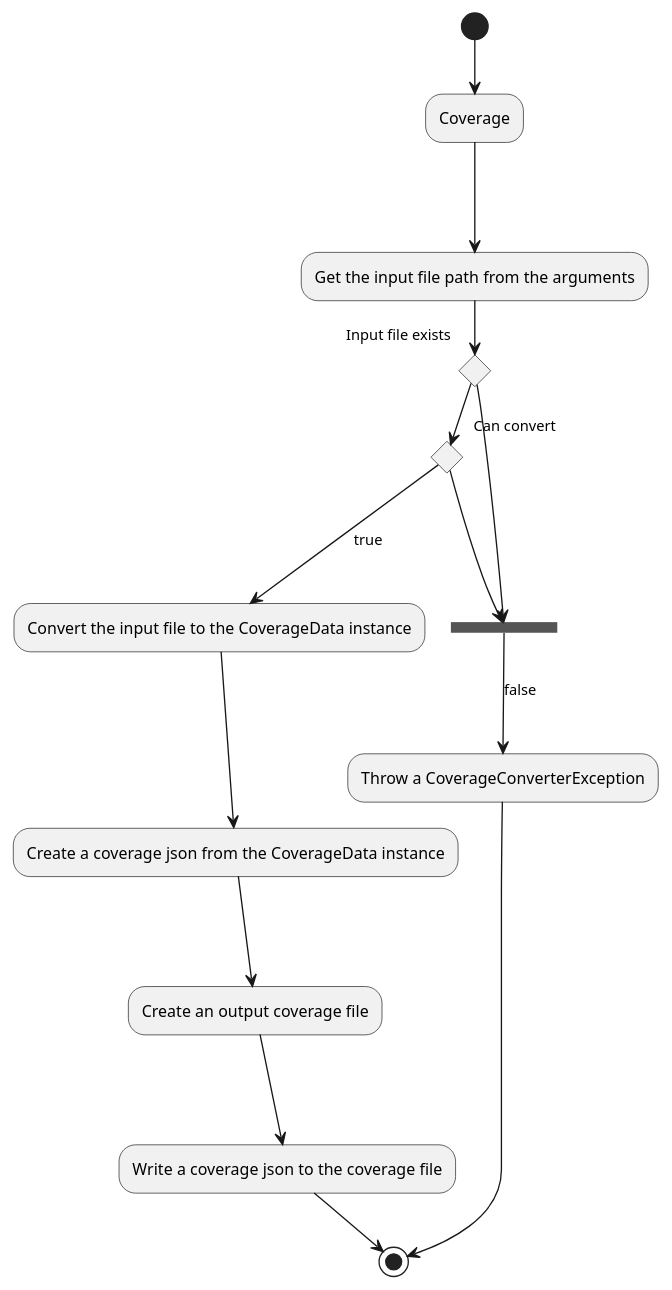
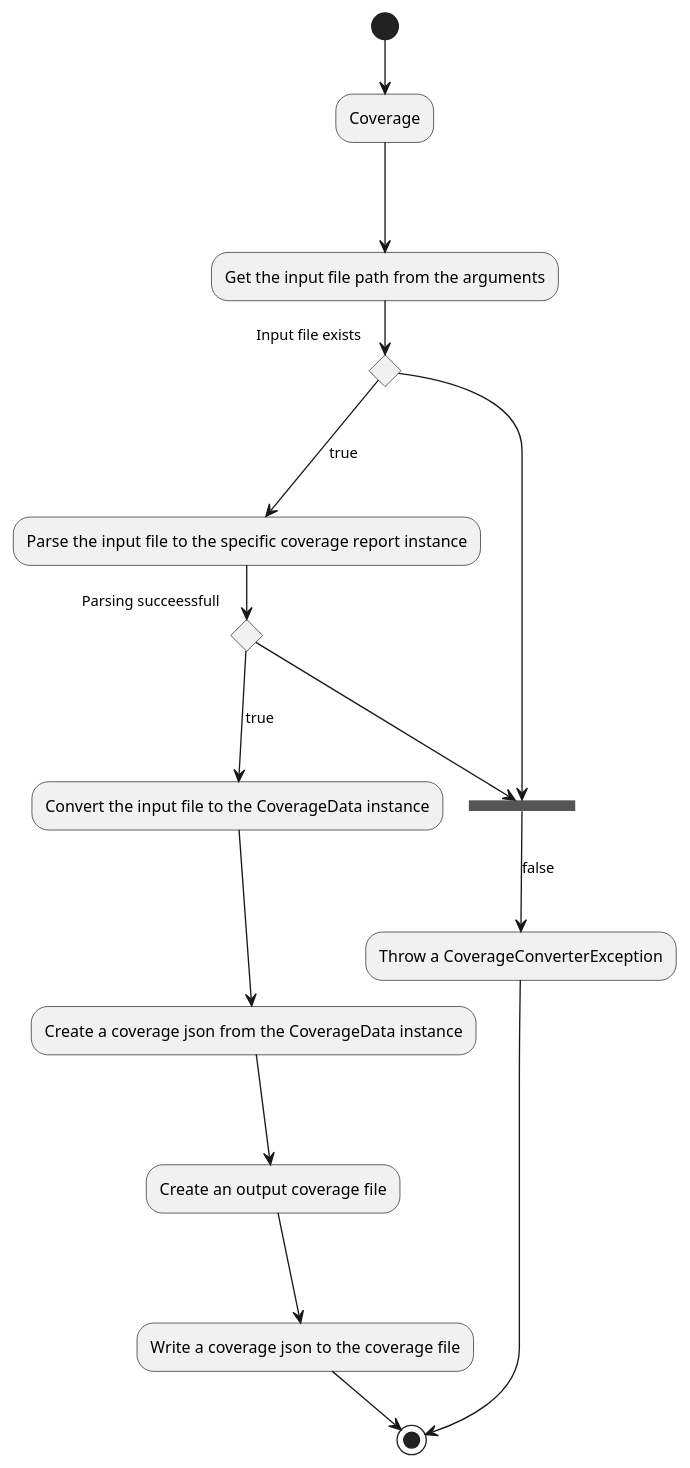
One commit to Flank/flank-dashboard changed the diagram in metrics/coverage_converter/docs/diagrams/coverage_conversion_activity.puml. Above: the diagram before and after it, drawn with PlantUML. The commit also changed 4 other files, not shown here.

```diff
--- a/metrics/coverage_converter/docs/diagrams/coverage_conversion_activity.puml
+++ b/metrics/coverage_converter/docs/diagrams/coverage_conversion_activity.puml
@@ -1,23 +1,24 @@
 @startuml coverage_conversion_activity 
 
 (*) --> Coverage
 ---> "Get the input file path from the arguments"
 if "Input file exists" then
-if "Can convert" then
+---> [true] "Parse the input file to the specific coverage report instance"
+if "Parsing succeessfull" then
 ---> [true] "Convert the input file to the CoverageData instance"
 ---> "Create a coverage json from the CoverageData instance"
 ---> "Create an output coverage file"
 ---> "Write a coverage json to the coverage file"
 --> (*)
 
 else 
 ---> ===EXCEPTION===
 --> [false] "Throw a CoverageConverterException"
 --> (*)
 endif
 
 else 
 ---> ===EXCEPTION===
 endif
 
 @enduml
```
